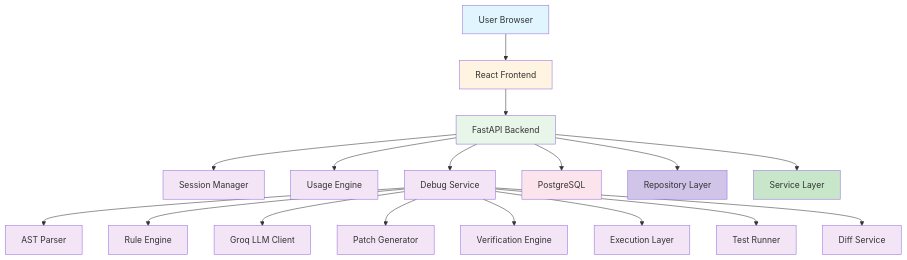
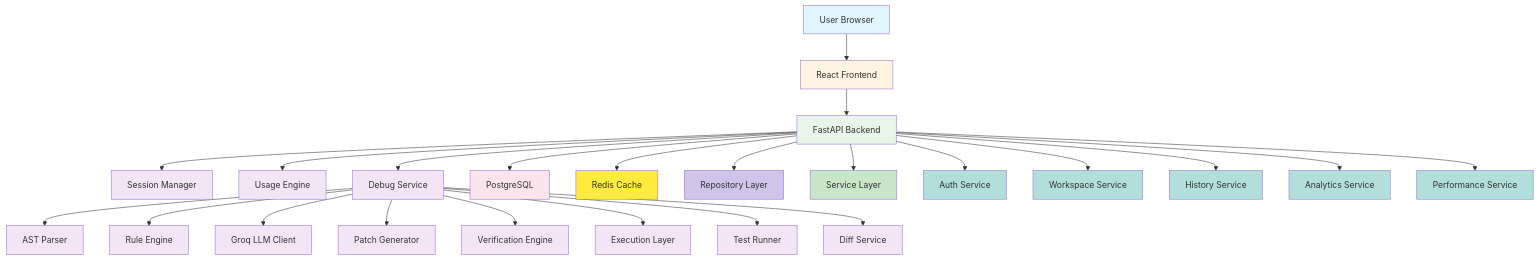
One commit to joshi-chinmay-016/NeuroDebug changed the first of 4 diagrams in README.md. Above: the diagram before and after it, drawn with Mermaid. The commit also changed other lines of this file and 67 other files, not shown here.

````diff
--- a/README.md
+++ b/README.md
@@ -70,37 +80,49 @@
 ```mermaid
 graph TD
     A[User Browser] --> B[React Frontend]
     B --> C[FastAPI Backend]
     C --> D[Session Manager]
     C --> E[Usage Engine]
     C --> F[Debug Service]
     F --> G[AST Parser]
     F --> H[Rule Engine]
     F --> I[Groq LLM Client]
     F --> J[Patch Generator]
     F --> K[Verification Engine]
     F --> L[Execution Layer]
     F --> M[Test Runner]
     F --> N[Diff Service]
     C --> O[PostgreSQL]
-    C --> P[Repository Layer]
-    C --> Q[Service Layer]
+    C --> P[Redis Cache]
+    C --> Q[Repository Layer]
+    C --> R[Service Layer]
+    C --> S[Auth Service]
+    C --> T[Workspace Service]
+    C --> U[History Service]
+    C --> V[Analytics Service]
+    C --> W[Performance Service]
     
     style A fill:#e1f5ff
     style B fill:#fff4e1
     style C fill:#e8f5e9
     style D fill:#f3e5f5
     style E fill:#f3e5f5
     style F fill:#f3e5f5
     style G fill:#f3e5f5
     style H fill:#f3e5f5
     style I fill:#f3e5f5
     style J fill:#f3e5f5
     style K fill:#f3e5f5
     style L fill:#f3e5f5
     style M fill:#f3e5f5
     style N fill:#f3e5f5
     style O fill:#fce4ec
-    style P fill:#d1c4e9
-    style Q fill:#c8e6c9
+    style P fill:#ffeb3b
+    style Q fill:#d1c4e9
+    style R fill:#c8e6c9
+    style S fill:#b2dfdb
+    style T fill:#b2dfdb
+    style U fill:#b2dfdb
+    style V fill:#b2dfdb
+    style W fill:#b2dfdb
 ```
````
